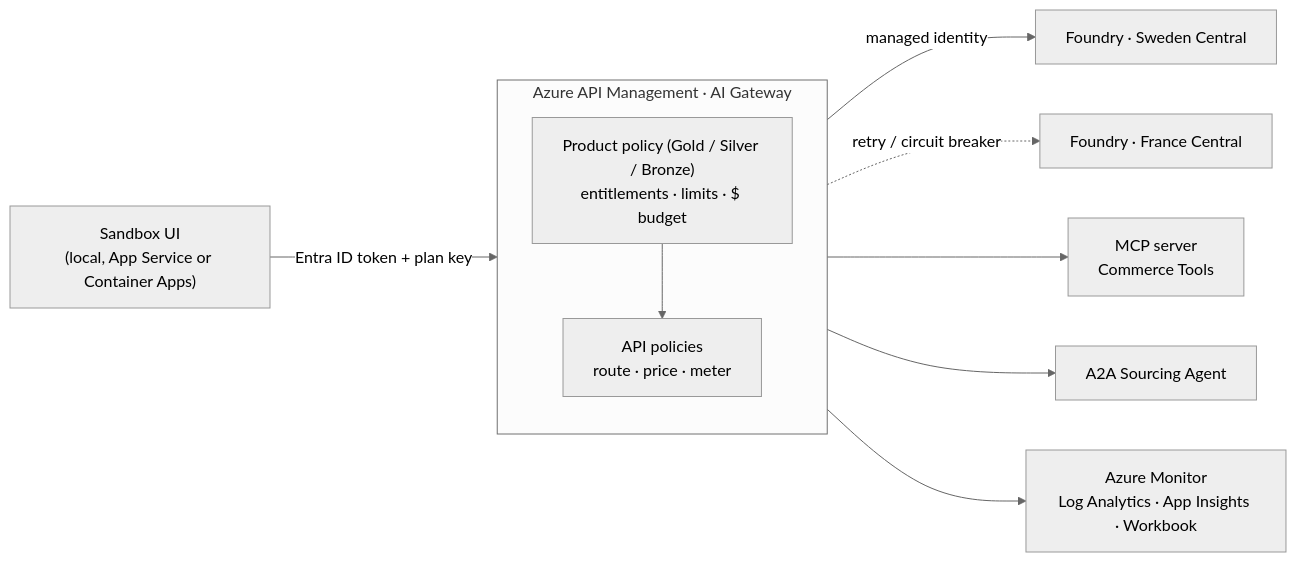
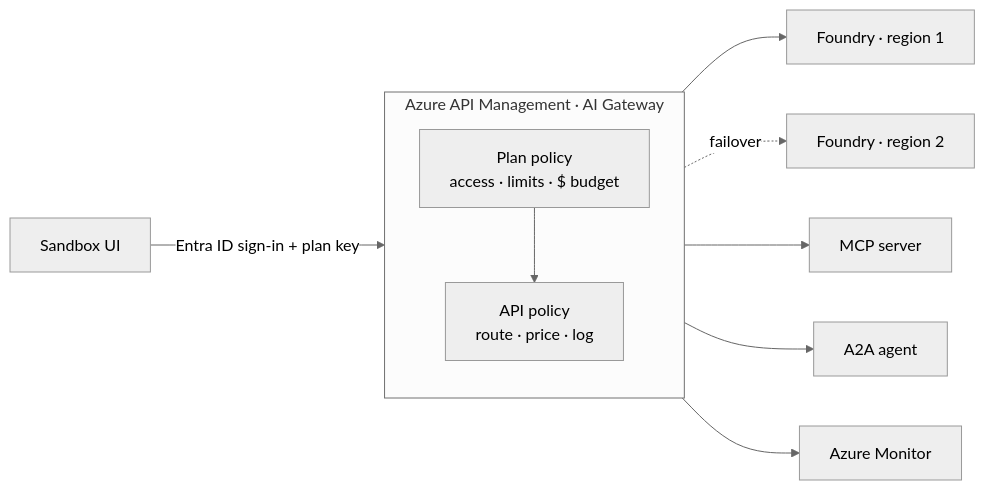
The diagram in README.md (JinLee794/AI-Gateway-Sandbox), drawn with Mermaid (neutral theme) before and after one commit. The commit also changed other lines of this file and 13 other files, not shown here.

````diff
--- a/README.md
+++ b/README.md
@@ -141,13 +127,13 @@
 ```mermaid
 flowchart LR
-    UI["Sandbox UI<br/>(local, App Service or Container Apps)"] -->|"Entra ID token + plan key"| APIM
+    UI["Sandbox UI"] -->|"Entra ID sign-in + plan key"| APIM
     subgraph APIM["Azure API Management · AI Gateway"]
         direction TB
-        P["Product policy (Gold / Silver / Bronze)<br/>entitlements · limits · $ budget"] --> A["API policies<br/>route · price · meter"]
+        P["Plan policy<br/>access · limits · $ budget"] --> A["API policy<br/>route · price · log"]
     end
-    A -->|"managed identity"| F1["Foundry · Sweden Central"]
-    A -.->|"retry / circuit breaker"| F2["Foundry · France Central"]
-    A --> MCP["MCP server<br/>Commerce Tools"]
-    A --> A2A["A2A Sourcing Agent"]
-    A --> MON["Azure Monitor<br/>Log Analytics · App Insights · Workbook"]
+    A --> F1["Foundry · region 1"]
+    A -.->|"failover"| F2["Foundry · region 2"]
+    A --> MCP["MCP server"]
+    A --> A2A["A2A agent"]
+    A --> MON["Azure Monitor"]
 ```
````
